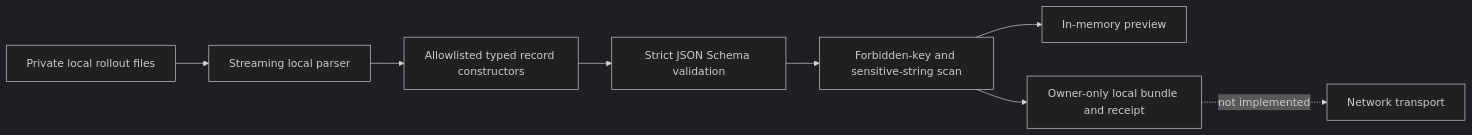
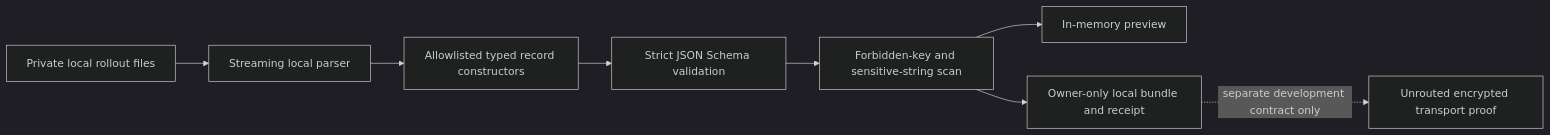
Before and after one commit to adamallcock/tibotattle: the diagram in 2026-07-24-telemetry-privacy-contract.md, drawn with Mermaid (dark theme). The commit also changed other lines of this file and 30 other files, not shown here.

````diff
--- a/2026-07-24-telemetry-privacy-contract.md
+++ b/2026-07-24-telemetry-privacy-contract.md
@@ -20,10 +26,10 @@
 ```mermaid
 flowchart LR
     A["Private local rollout files"] --> B["Streaming local parser"]
     B --> C["Allowlisted typed record constructors"]
     C --> D["Strict JSON Schema validation"]
     D --> E["Forbidden-key and sensitive-string scan"]
     E --> F["In-memory preview"]
     E --> G["Owner-only local bundle and receipt"]
-    G -. "not implemented" .-> H["Network transport"]
+    G -. "separate development contract only" .-> H["Unrouted encrypted transport proof"]
 ```
````
